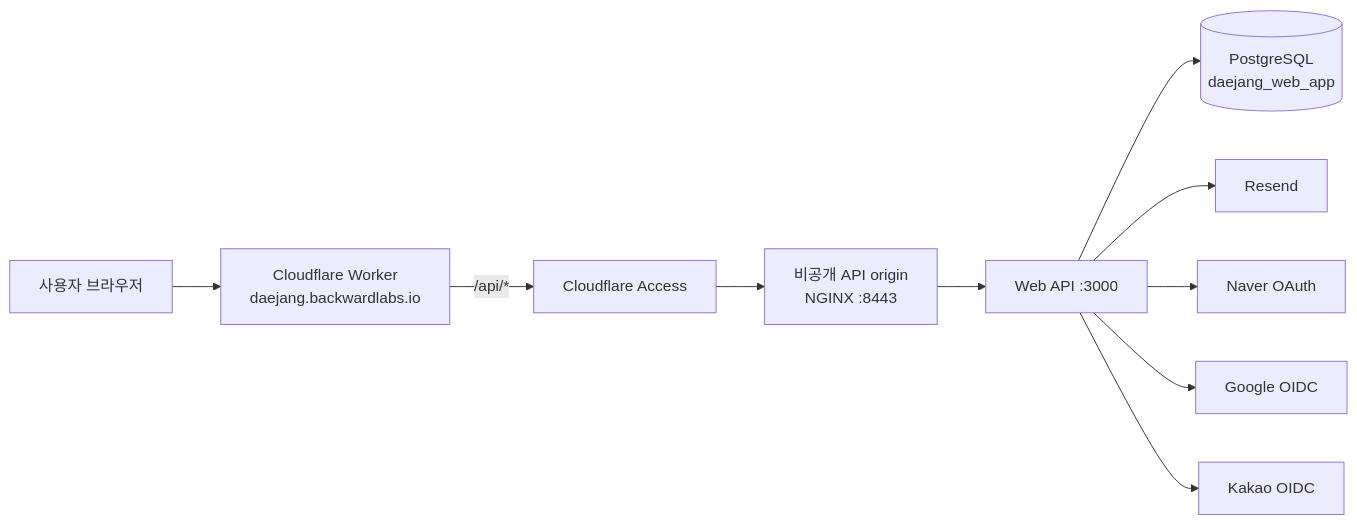
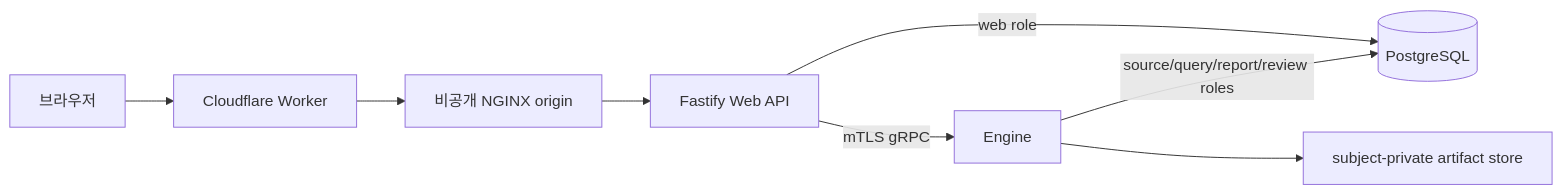
Before and after one commit to BackwardLabs/daejang: the diagram in docs/auth-deployment-runbook.md, drawn with Mermaid. The commit also changed other lines of this file and 35 other files, not shown here.

````diff
--- a/docs/auth-deployment-runbook.md
+++ b/docs/auth-deployment-runbook.md
@@ -13,12 +30,10 @@
 ```mermaid
 flowchart LR
-  Browser["사용자 브라우저"] --> Worker["Cloudflare Worker<br/>daejang.backwardlabs.io"]
-  Worker -->|"/api/*"| Access["Cloudflare Access"]
-  Access --> Nginx["비공개 API origin<br/>NGINX :8443"]
-  Nginx --> API["Web API :3000"]
-  API --> DB[("PostgreSQL<br/>daejang_web_app")]
-  API --> Resend["Resend"]
-  API --> Naver["Naver OAuth"]
-  API --> Google["Google OIDC"]
-  API --> Kakao["Kakao OIDC"]
+  Browser["브라우저"] --> Edge["Cloudflare Worker"]
+  Edge --> Nginx["비공개 NGINX origin"]
+  Nginx --> API["Fastify Web API"]
+  API -->|"web role"| DB[("PostgreSQL")]
+  API -->|"mTLS gRPC"| Engine["Engine"]
+  Engine -->|"source/query/report/review roles"| DB
+  Engine --> Artifacts["subject-private artifact store"]
 ```
````
